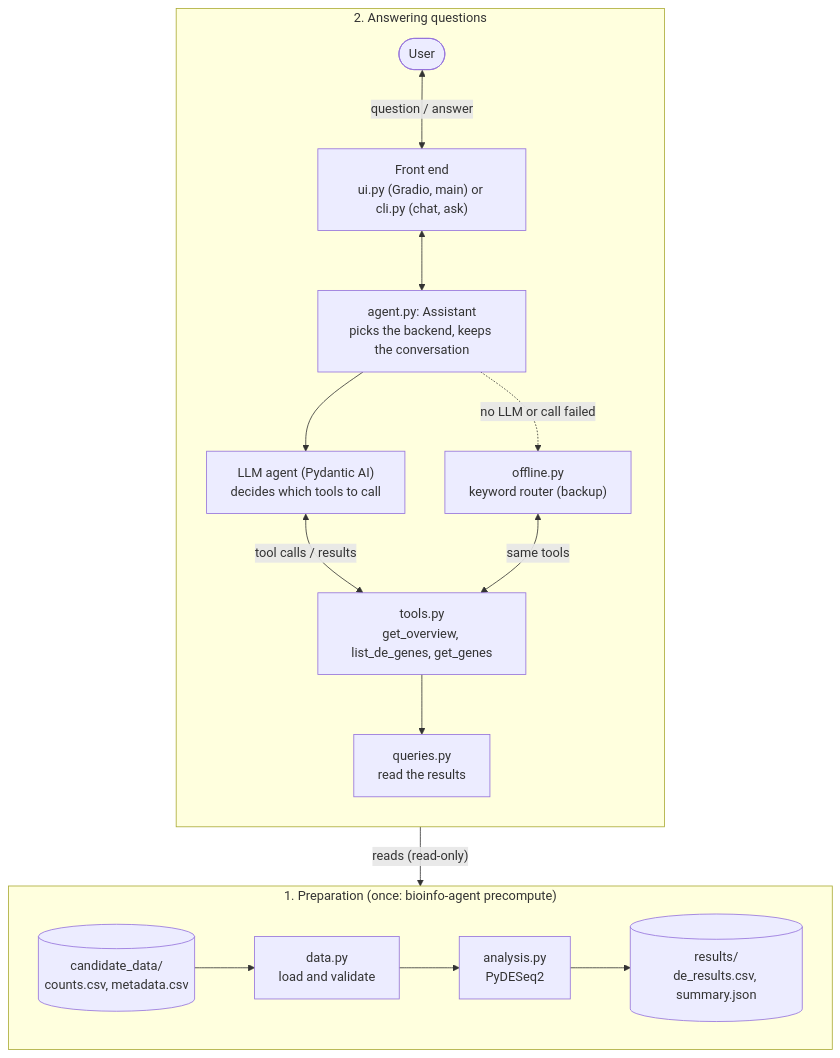
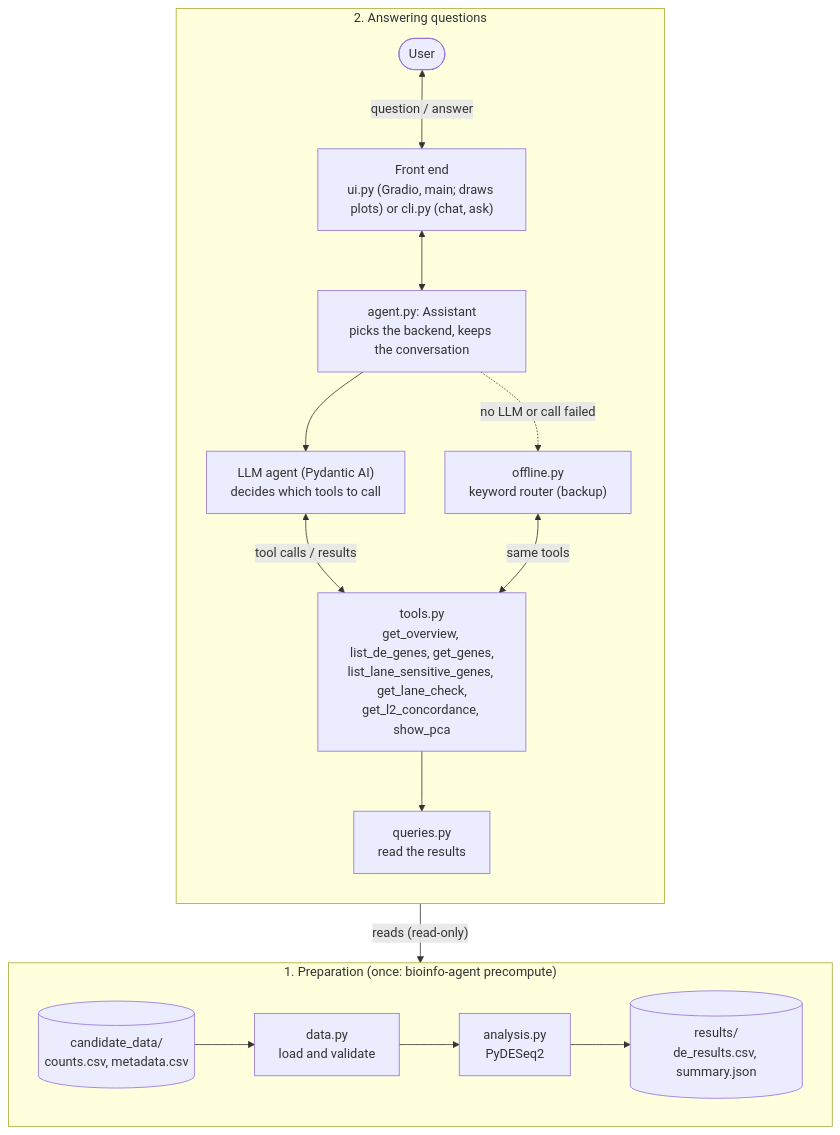
One commit to hut-ml/bioinfo-agent changed the diagram in README.md. Above: the diagram before and after it, drawn with Mermaid. The commit also changed other lines of this file and 19 other files, not shown here.

First line of the commit message:
Enhance lane effect analysis and PCA visualization

````diff
--- a/README.md
+++ b/README.md
@@ -50,22 +51,22 @@
 ```mermaid
 flowchart TB
     subgraph qa["2. Answering questions"]
         direction TB
-        USER(["User"]) <-->|"question / answer"| FE["Front end<br/>ui.py (Gradio, main) or cli.py (chat, ask)"]
+        USER(["User"]) <-->|"question / answer"| FE["Front end<br/>ui.py (Gradio, main; draws plots) or cli.py (chat, ask)"]
         FE <--> AS["agent.py: Assistant<br/>picks the backend, keeps the conversation"]
         AS --> LLM["LLM agent (Pydantic AI)<br/>decides which tools to call"]
         AS -.->|"no LLM or call failed"| OFF["offline.py<br/>keyword router (backup)"]
-        LLM <-->|"tool calls / results"| T["tools.py<br/>get_overview, list_de_genes, get_genes"]
+        LLM <-->|"tool calls / results"| T["tools.py<br/>get_overview, list_de_genes, get_genes,<br/>list_lane_sensitive_genes, get_lane_check,<br/>get_l2_concordance, show_pca"]
         OFF <-->|"same tools"| T
         T --> Q["queries.py<br/>read the results"]
     end
 
     subgraph prep["1. Preparation (once: bioinfo-agent precompute)"]
         direction LR
         IN[("candidate_data/<br/>counts.csv, metadata.csv")] --> D["data.py<br/>load and validate"]
         D --> AN["analysis.py<br/>PyDESeq2"]
         AN --> R[("results/<br/>de_results.csv, summary.json")]
     end
 
     Q -->|"reads (read-only)"| R
 ```
````
